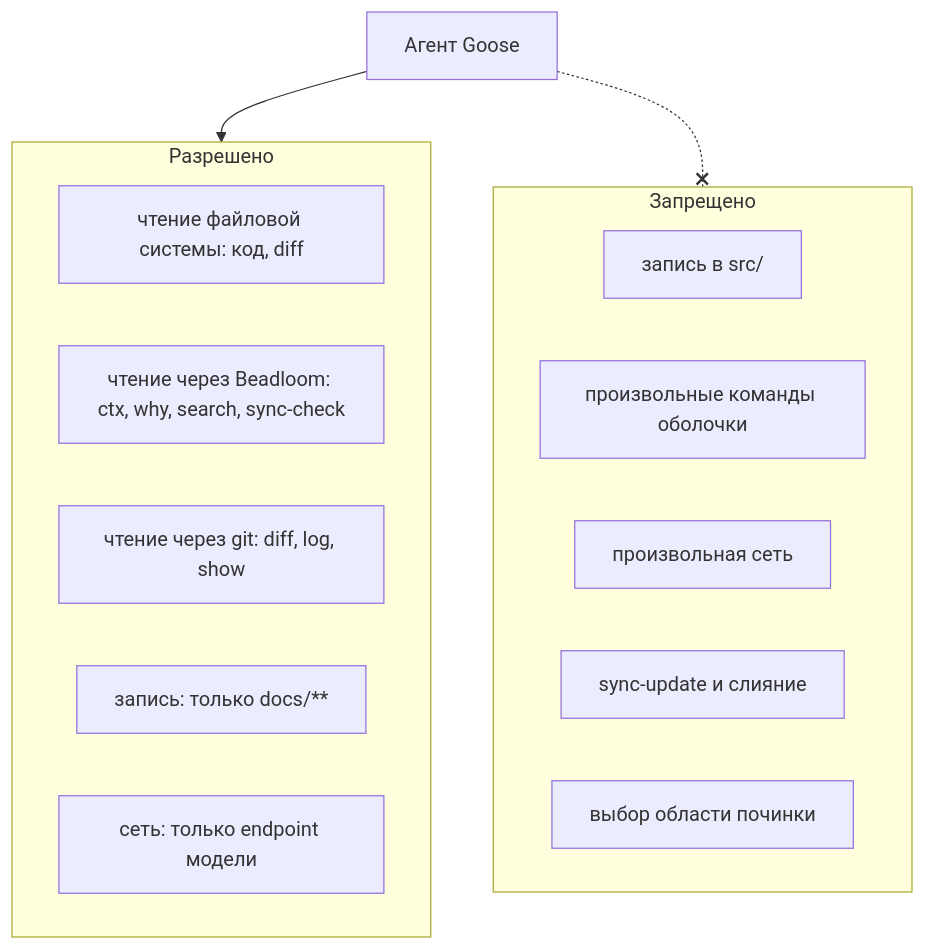
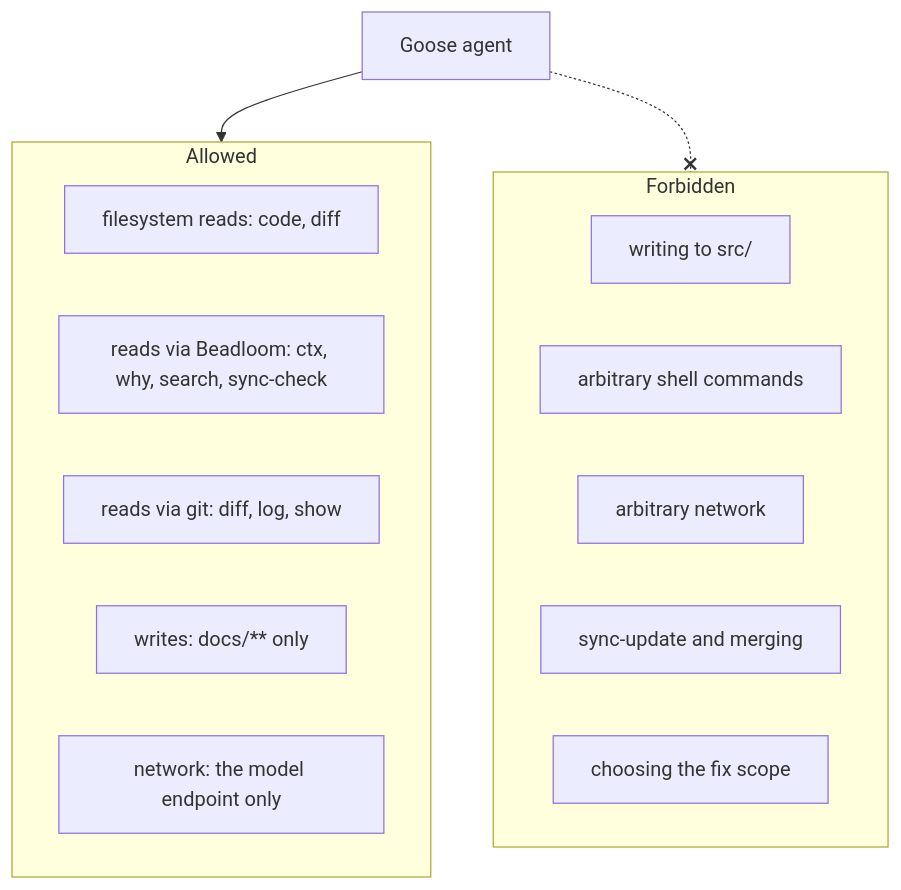
One commit to zoologov/beadloom changed the eighth of 10 diagrams in docs/guides/multi-agent-development.md. Above: the diagram before and after it, drawn with Mermaid. The commit also changed other lines of this file and 134 other files, not shown here.

````diff
--- a/docs/guides/multi-agent-development.md
+++ b/docs/guides/multi-agent-development.md
@@ -421,23 +423,23 @@
 ```mermaid
 flowchart TB
-  GOOSE["Агент Goose"]
+  GOOSE["Goose agent"]
 
-  subgraph ALLOWED["Разрешено"]
-    R1["чтение файловой системы: код, diff"]
-    R2["чтение через Beadloom: ctx, why, search, sync-check"]
-    R3["чтение через git: diff, log, show"]
-    R4["запись: только docs/**"]
-    R5["сеть: только endpoint модели"]
+  subgraph ALLOWED["Allowed"]
+    R1["filesystem reads: code, diff"]
+    R2["reads via Beadloom: ctx, why, search, sync-check"]
+    R3["reads via git: diff, log, show"]
+    R4["writes: docs/** only"]
+    R5["network: the model endpoint only"]
   end
 
-  subgraph FORBIDDEN["Запрещено"]
-    F1["запись в src/"]
-    F2["произвольные команды оболочки"]
-    F3["произвольная сеть"]
-    F4["sync-update и слияние"]
-    F5["выбор области починки"]
+  subgraph FORBIDDEN["Forbidden"]
+    F1["writing to src/"]
+    F2["arbitrary shell commands"]
+    F3["arbitrary network"]
+    F4["sync-update and merging"]
+    F5["choosing the fix scope"]
   end
 
   GOOSE --> ALLOWED
   GOOSE -.-x FORBIDDEN
 ```
````
